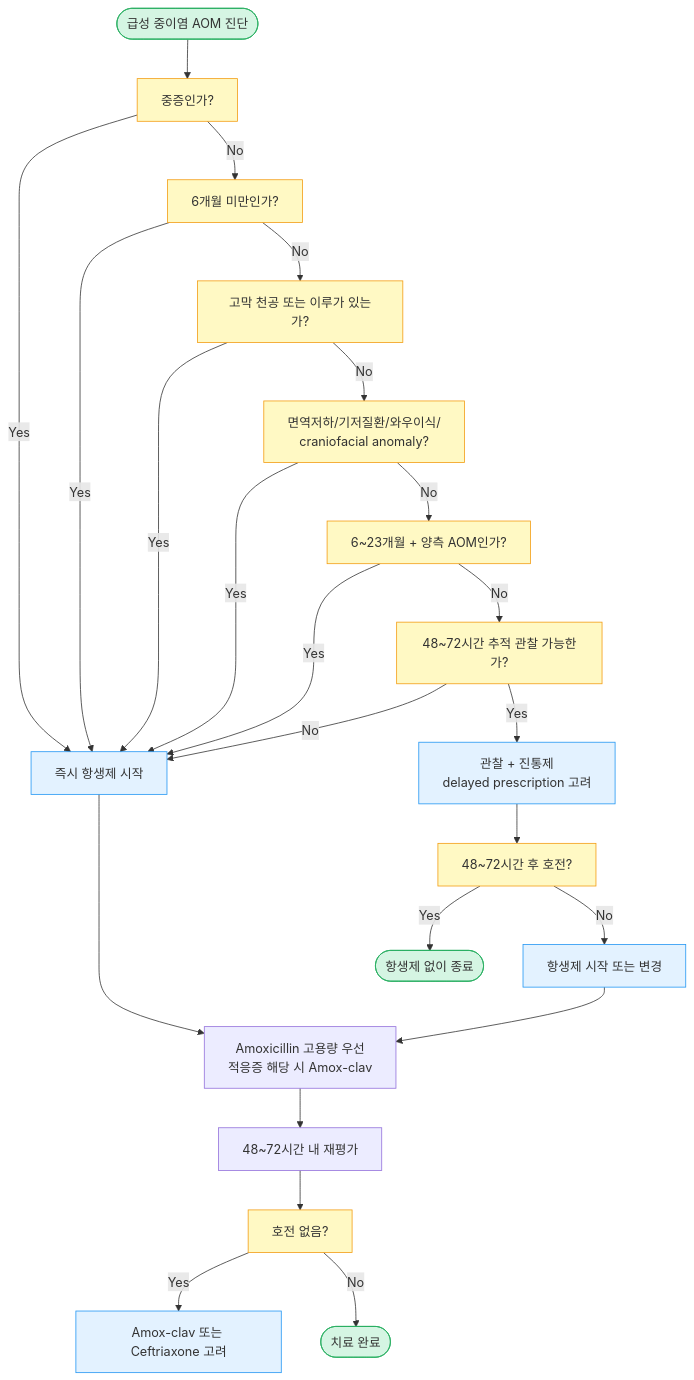
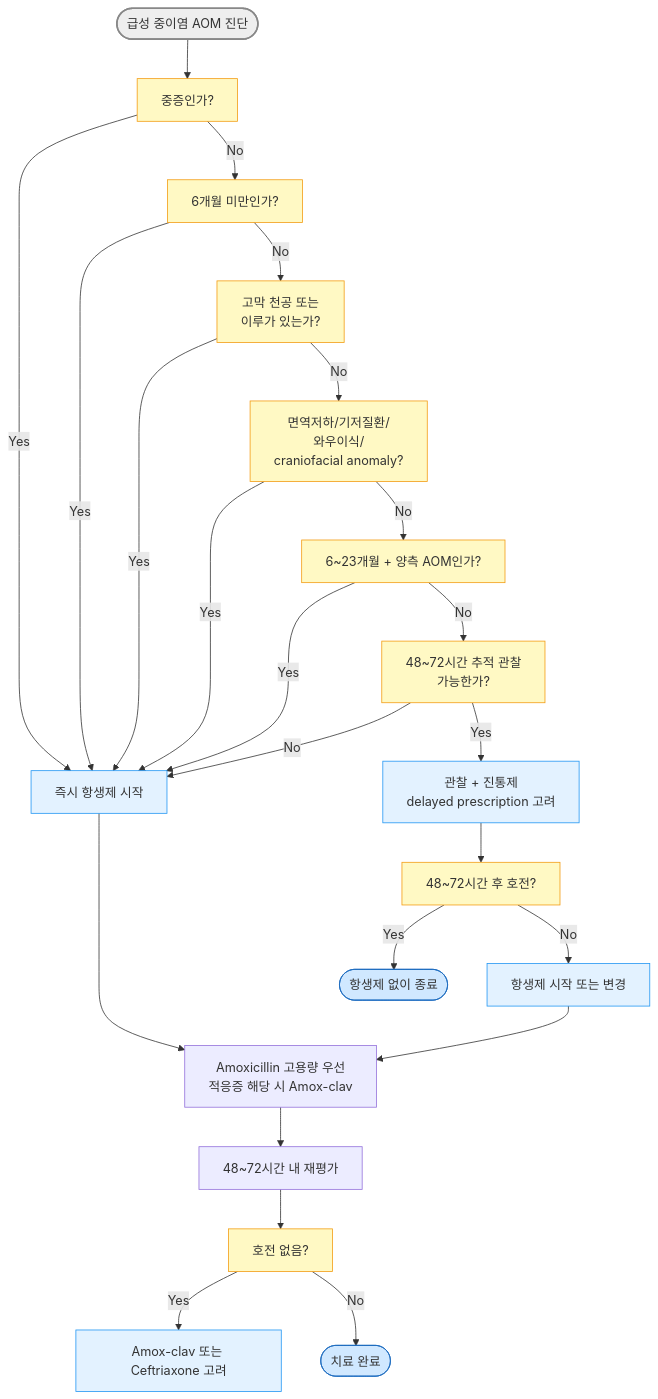
Before and after one commit to familyoh77/familyoh77: the third of 4 diagrams in 222_/048_-otitis-media.md, drawn with Mermaid. The commit also changed other lines of this file and 2 other files, not shown here.

Commit message:
GITBOOK-778: No subject

````diff
--- a/222_/048_-otitis-media.md
+++ b/222_/048_-otitis-media.md
@@ -372,34 +372,34 @@
 ```mermaid
 graph TD
 A([급성 중이염 AOM 진단]) --> B[중증인가?]
 B -->|Yes| ABX[즉시 항생제 시작]
 B -->|No| C[6개월 미만인가?]
 C -->|Yes| ABX
-C -->|No| D[고막 천공 또는 이루가 있는가?]
+C -->|No| D[고막 천공 또는 <br/>이루가 있는가?]
 D -->|Yes| ABX
-D -->|No| E[면역저하/기저질환/와우이식/<br/> craniofacial anomaly?]
+D -->|No| E[면역저하/기저질환/<br/>와우이식/<br/> craniofacial anomaly?]
 E -->|Yes| ABX
 E -->|No| F[6~23개월 + 양측 AOM인가?]
 F -->|Yes| ABX
-F -->|No| G[48~72시간 추적 관찰 가능한가?]
+F -->|No| G[48~72시간 추적 관찰 <br/>가능한가?]
 G -->|No| ABX
 G -->|Yes| OBS[관찰 + 진통제<br/>delayed prescription 고려]
 OBS --> H[48~72시간 후 호전?]
 H -->|Yes| HOME([항생제 없이 종료])
 H -->|No| ABX2[항생제 시작 또는 변경]
 ABX --> I[Amoxicillin 고용량 우선<br/>적응증 해당 시 Amox-clav]
 ABX2 --> I
 I --> J[48~72시간 내 재평가]
 J --> K[호전 없음?]
 K -->|Yes| ESC[Amox-clav 또는 Ceftriaxone 고려]
 K -->|No| END([치료 완료])
 
-    style A fill:#d5f5e3,stroke:#27ae60
-classDef green fill:#d5f5e3,stroke:#27ae60
-class HOME,END green
+    style A fill:#eeeeee,stroke:#888888,stroke-width:2px
+classDef blue fill:#d0e8ff,stroke:#1a6abf
+class HOME,END blue
 classDef yellow fill:#fff9c4,stroke:#f39c12
 class B,C,D,E,F,G,H,K yellow
 classDef sky fill:#e3f2ff,stroke:#2196f3
 class ABX,ABX2,ESC,OBS sky
 
 ```
````
